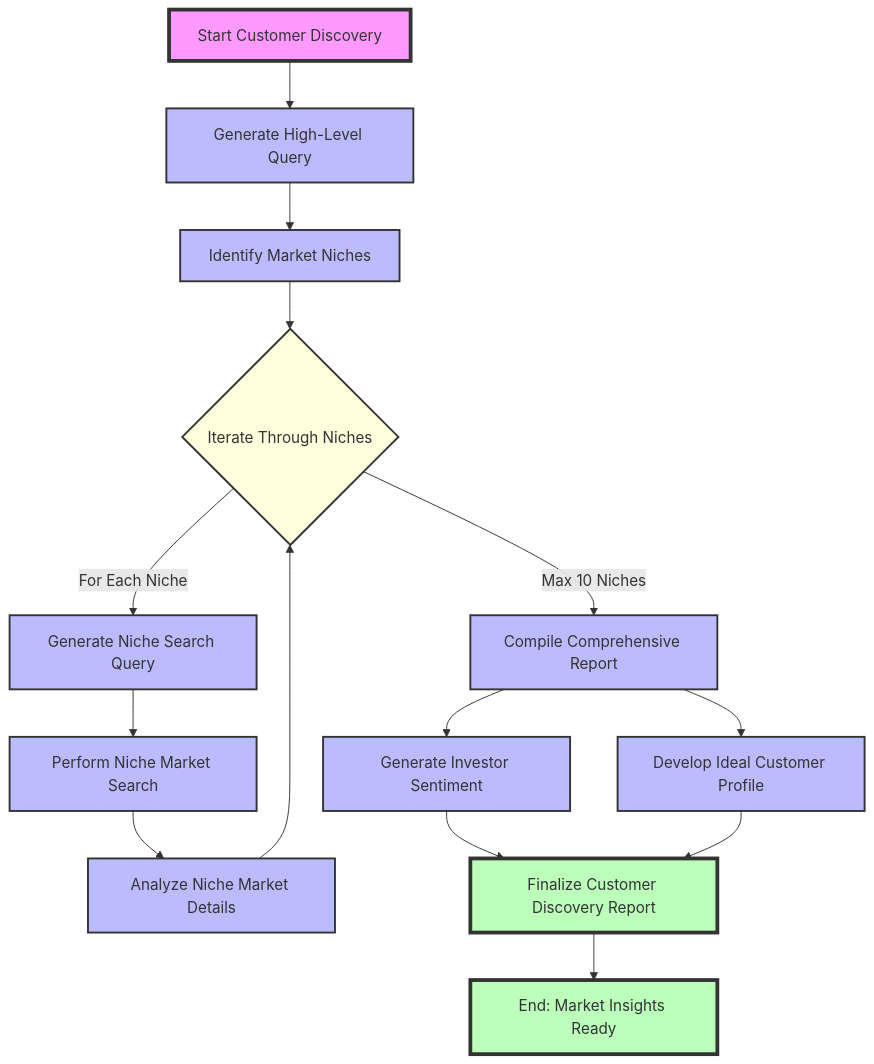
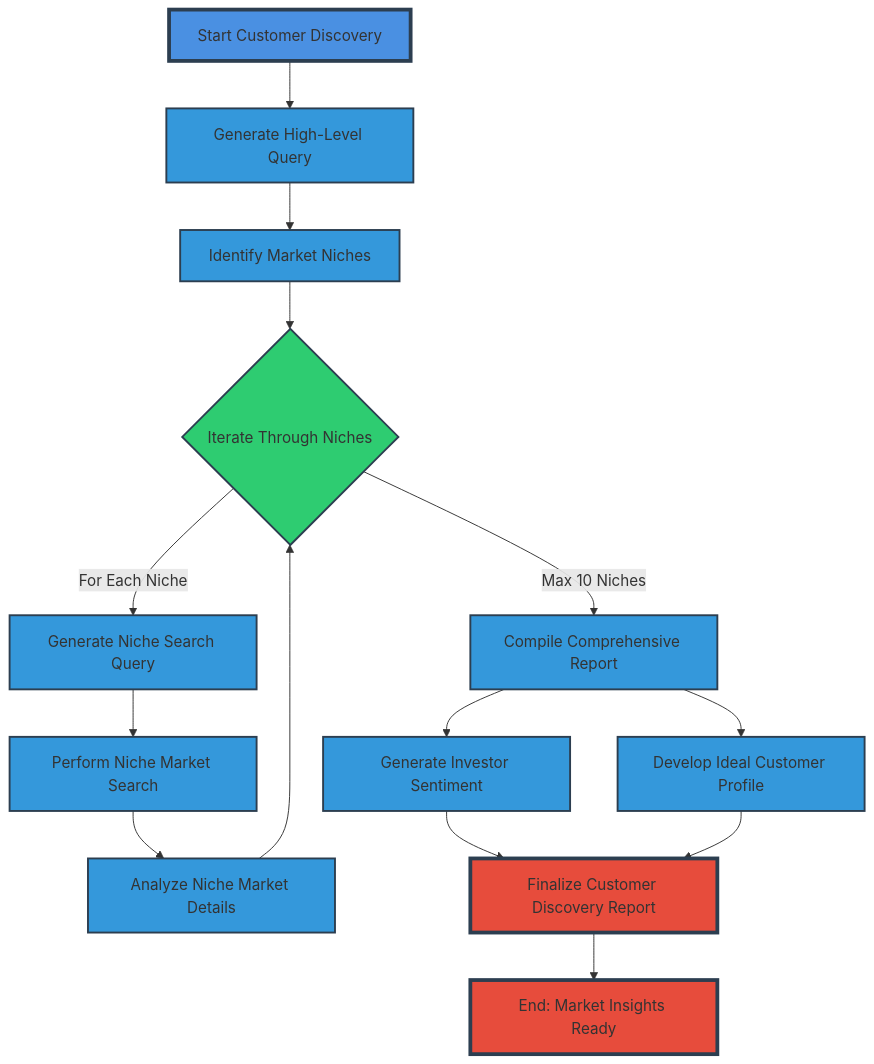
The diagram in docs/workflow_visualizer/customer_discovery.md (syndicate604/100x-engineer-hackathon), drawn with Mermaid before and after one commit.

Commit message:
style: Update workflow diagram color scheme for better visual clarity

````diff
--- a/docs/workflow_visualizer/customer_discovery.md
+++ b/docs/workflow_visualizer/customer_discovery.md
@@ -3,26 +3,26 @@
 ```mermaid
 flowchart TD
     A[Start Customer Discovery] --> B[Generate High-Level Query]
     B --> C[Identify Market Niches]
     C --> D{Iterate Through Niches}
     D --> |For Each Niche| E[Generate Niche Search Query]
     E --> F[Perform Niche Market Search]
     F --> G[Analyze Niche Market Details]
     G --> D
     D --> |Max 10 Niches| H[Compile Comprehensive Report]
     H --> I[Generate Investor Sentiment]
     H --> J[Develop Ideal Customer Profile]
     I --> K[Finalize Customer Discovery Report]
     J --> K
     K --> L[End: Market Insights Ready]
 
-    classDef start fill:#f9f,stroke:#333,stroke-width:4px
-    classDef process fill:#bbf,stroke:#333,stroke-width:2px
-    classDef decision fill:#ffd,stroke:#333,stroke-width:2px
-    classDef endNode fill:#bfb,stroke:#333,stroke-width:4px
+    classDef start fill:#4a90e2,stroke:#2c3e50,stroke-width:4px
+    classDef process fill:#3498db,stroke:#2c3e50,stroke-width:2px
+    classDef decision fill:#2ecc71,stroke:#2c3e50,stroke-width:2px
+    classDef endNode fill:#e74c3c,stroke:#2c3e50,stroke-width:4px
 
     class A,L start
     class B,C,E,F,G,H,I,J process
     class D decision
     class K,L endNode
 ```
````
